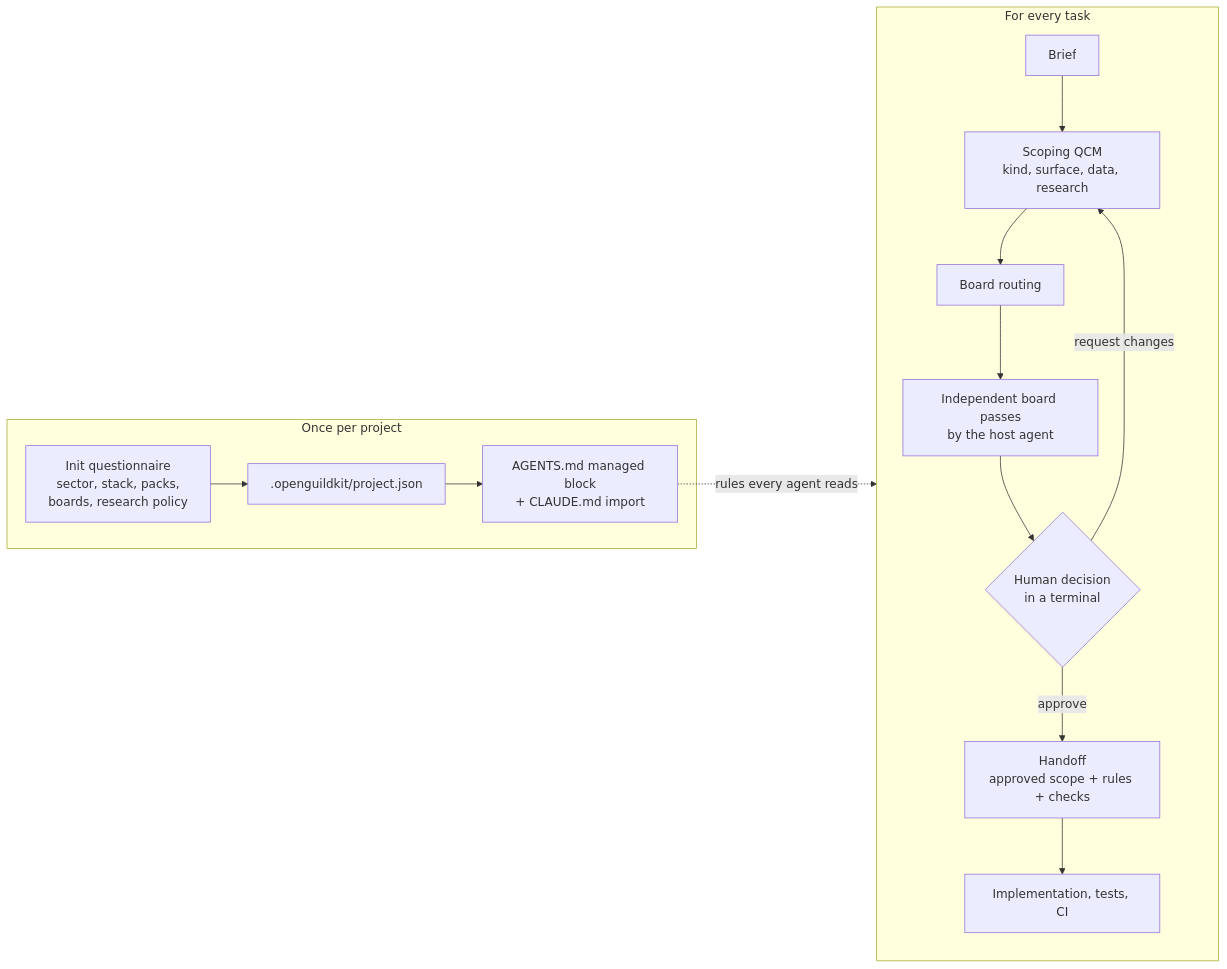
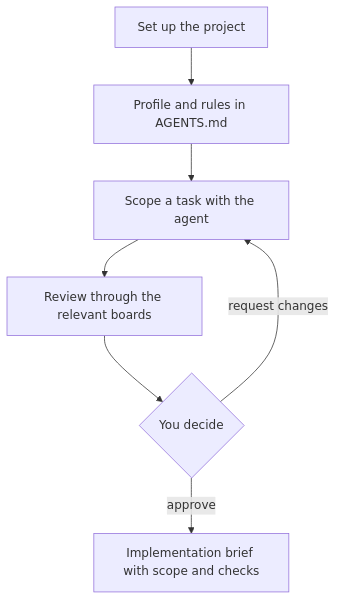
Before and after one commit to Sandbox-podcast/OpenGuildKit: the diagram in README.md, drawn with Mermaid. The commit also changed other lines of this file and 30 other files, not shown here.

````diff
--- a/README.md
+++ b/README.md
@@ -35,17 +33,9 @@
 ```mermaid
-flowchart LR
-    subgraph Setup["Once per project"]
-        Q1["Init questionnaire<br/>sector, stack, packs,<br/>boards, research policy"] --> P[".openguildkit/project.json"]
-        P --> A["AGENTS.md managed block<br/>+ CLAUDE.md import"]
-    end
-    subgraph Task["For every task"]
-        B["Brief"] --> Q2["Scoping QCM<br/>kind, surface, data, research"]
-        Q2 --> R["Board routing"]
-        R --> V["Independent board passes<br/>by the host agent"]
-        V --> D{"Human decision<br/>in a terminal"}
-        D -- approve --> H["Handoff<br/>approved scope + rules + checks"]
-        D -- request changes --> Q2
-        H --> I["Implementation, tests, CI"]
-    end
-    A -. "rules every agent reads" .-> Task
+flowchart TB
+    S["Set up the project"] --> R["Profile and rules in AGENTS.md"]
+    R --> B["Scope a task with the agent"]
+    B --> V["Review through the relevant boards"]
+    V --> D{"You decide"}
+    D -- request changes --> B
+    D -- approve --> H["Implementation brief with scope and checks"]
 ```
````
